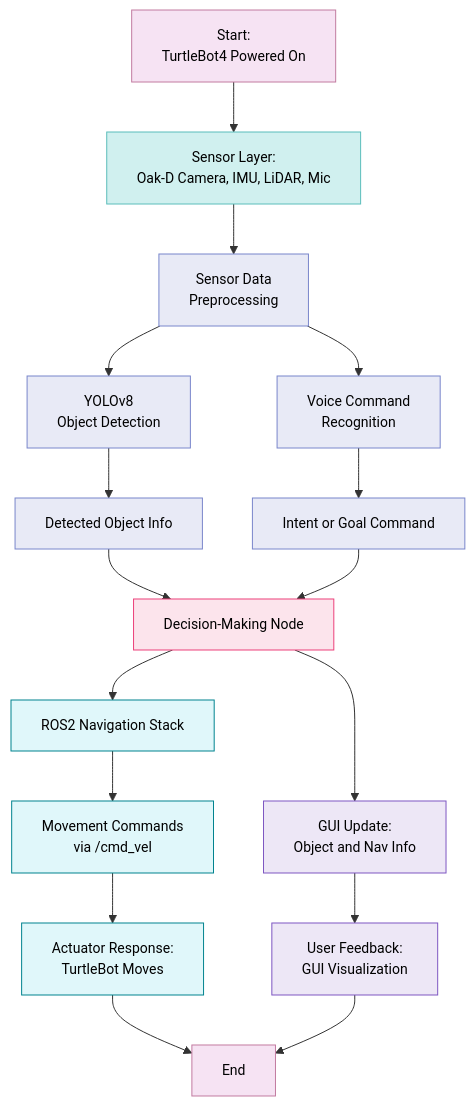
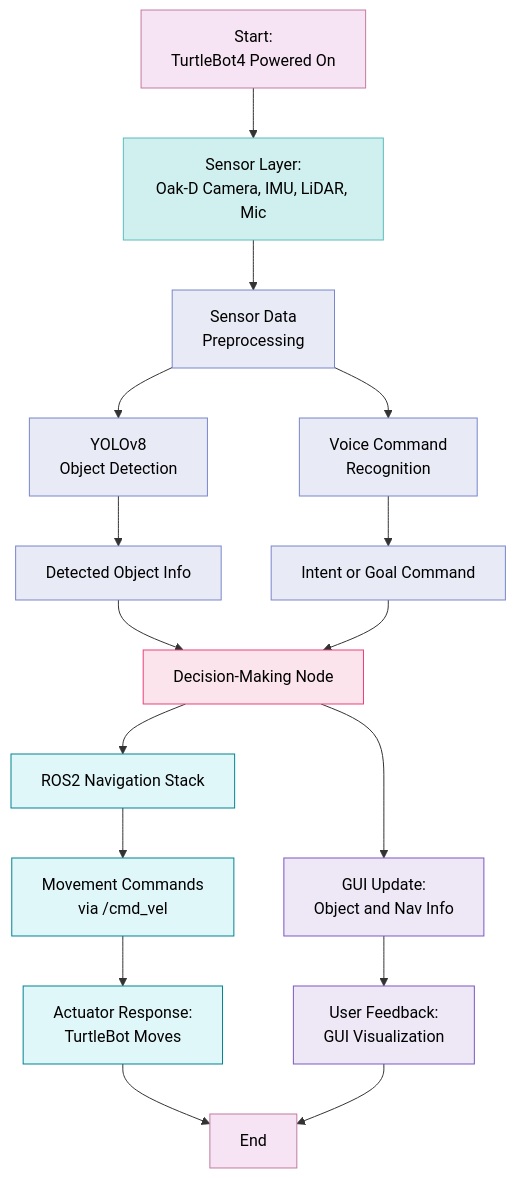
One commit to RAS598-2025-S-Team11/RAS598-2025-S-Team11.github.io changed the first of 4 diagrams in docs/index.md. Above: the diagram before and after it, drawn with Mermaid.

````diff
--- a/docs/index.md
+++ b/docs/index.md
@@ -45,59 +45,49 @@
 ```mermaid
-%%{ init: {
-  "theme": "default",
-  "themeVariables": {
-    "fontSize": "14px",
-    "primaryColor": "#ffffff",
-    "edgeLabelBackground": "#ffffff"
-  }
-}}%%
+
 graph TD
   A["Start:<br/>TurtleBot4 Powered On"]
   B["Sensor Layer:<br/>Oak-D Camera, IMU, LiDAR, Mic"]
   C["Sensor Data<br/>Preprocessing"]
   D1["YOLOv8<br/>Object Detection"]
   D2["Voice Command<br/>Recognition"]
   E["Detected Object Info"]
   F["Intent or Goal Command"]
   G["Decision-Making Node"]
   H["ROS2 Navigation Stack"]
   I["Movement Commands<br/>via /cmd_vel"]
   J["GUI Update:<br/>Object and Nav Info"]
   K["Actuator Response:<br/>TurtleBot Moves"]
   L["User Feedback:<br/>GUI Visualization"]
   M["End"]
 
-  %% Flow
   A --> B
   B --> C
   C --> D1
   C --> D2
   D1 --> E
   D2 --> F
   E --> G
   F --> G
   G --> H
   H --> I
   I --> K
   K --> M
   G --> J
   J --> L
   L --> M
 
-  %% Styling groups
   classDef startend fill:#f6e3f3,stroke:#c27ba0,color:#000
   classDef sensing fill:#d0f0ef,stroke:#5bbdbb,color:#000
   classDef processing fill:#e8eaf6,stroke:#7986cb,color:#000
   classDef decision fill:#fce4ec,stroke:#ec407a,color:#000
   classDef navctrl fill:#e0f7fa,stroke:#00838f,color:#000
   classDef gui fill:#ede7f6,stroke:#7e57c2,color:#000
 
-  %% Assign node classes
   class A,M startend
   class B sensing
   class C,D1,D2,E,F processing
   class G decision
   class H,I,K navctrl
   class J,L gui
 
 ```
````
